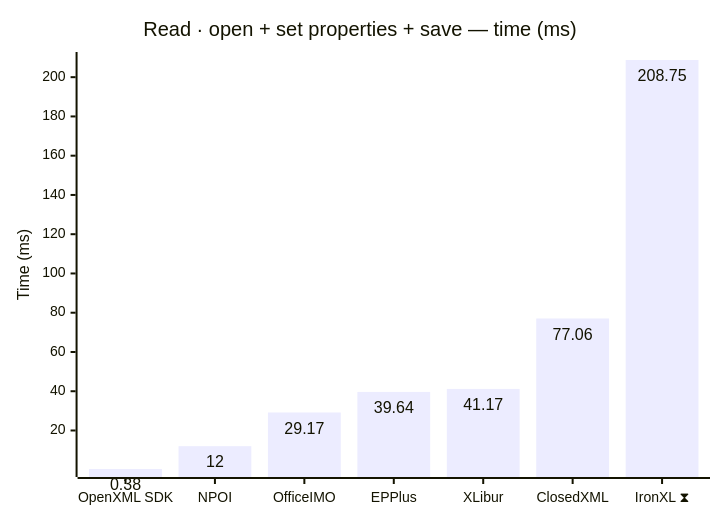
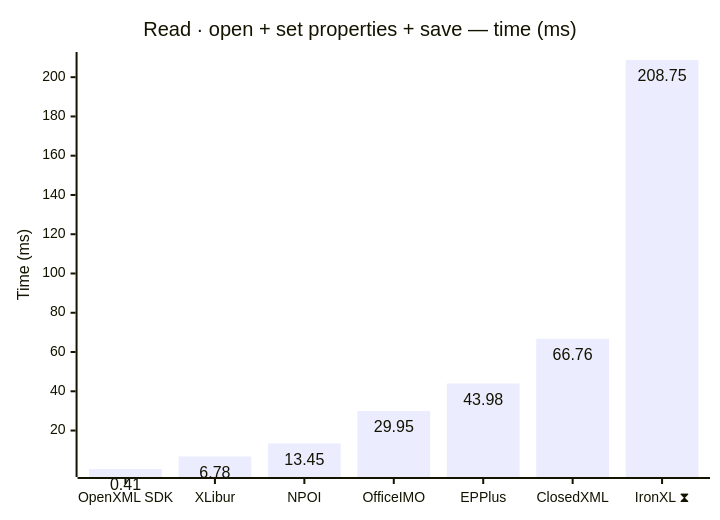
One commit to jafin/XLBench changed the first of 12 diagrams in docs/results-ci.md. Above: the diagram before and after it, drawn with Mermaid. The commit also changed other lines of this file, not shown here.

````diff
--- a/docs/results-ci.md
+++ b/docs/results-ci.md
@@ -43,12 +43,12 @@
 ```mermaid
 ---
 config:
   xyChart:
     showDataLabel: true
 ---
 xychart-beta
     title "Read · open + set properties + save — time (ms)"
-    x-axis ["OpenXML SDK", "NPOI", "OfficeIMO", "EPPlus", "XLibur", "ClosedXML", "IronXL ⧗"]
+    x-axis ["OpenXML SDK", "XLibur", "NPOI", "OfficeIMO", "EPPlus", "ClosedXML", "IronXL ⧗"]
     y-axis "Time (ms)"
-    bar [0.38, 12, 29.17, 39.64, 41.17, 77.06, 208.75]
+    bar [0.41, 6.78, 13.45, 29.95, 43.98, 66.76, 208.75]
 ```
````
